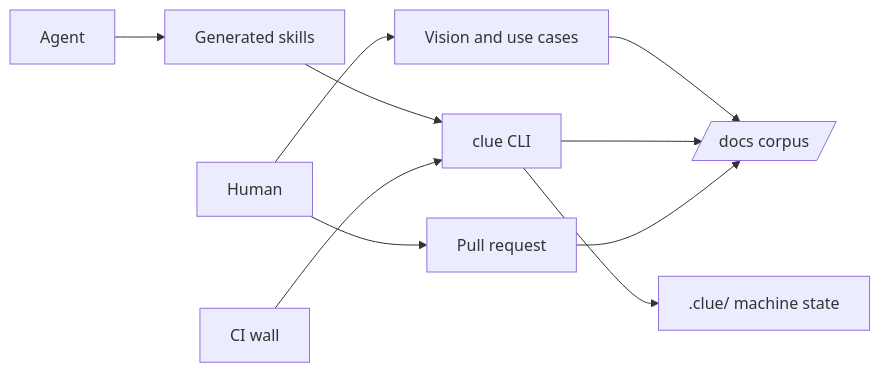
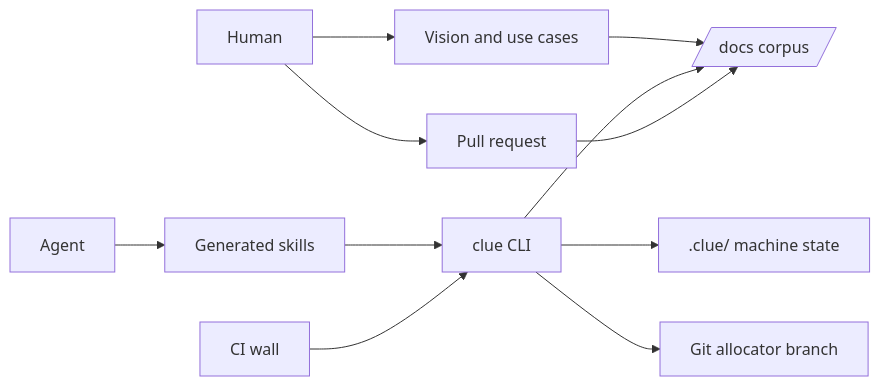
The diagram in docs/architecture/README.md (cliewen/cliewen), drawn with Mermaid before and after one commit. The commit also changed other lines of this file and 34 other files, not shown here.

````diff
--- a/docs/architecture/README.md
+++ b/docs/architecture/README.md
@@ -5,12 +5,13 @@
 ```mermaid
 flowchart LR
     Agent[Agent] --> Skills[Generated skills]
     Human --> Intent["Vision and use cases"]
     Intent --> Corpus
     Skills --> CLI[clue CLI]
     CLI --> Corpus[/docs corpus/]
     CLI --> State[".clue/ machine state"]
+    CLI --> Allocator["Git allocator branch"]
     CI[CI wall] --> CLI
     Human[Human] --> PR[Pull request]
     PR --> Corpus
 ```
````
